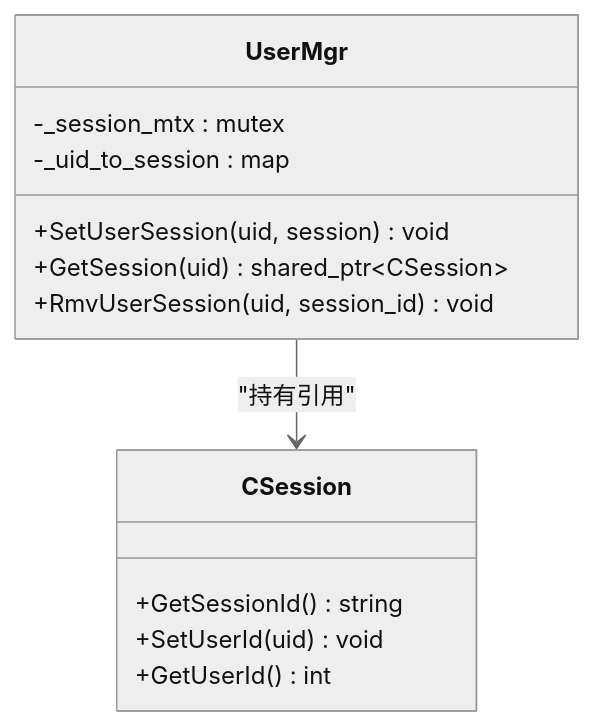
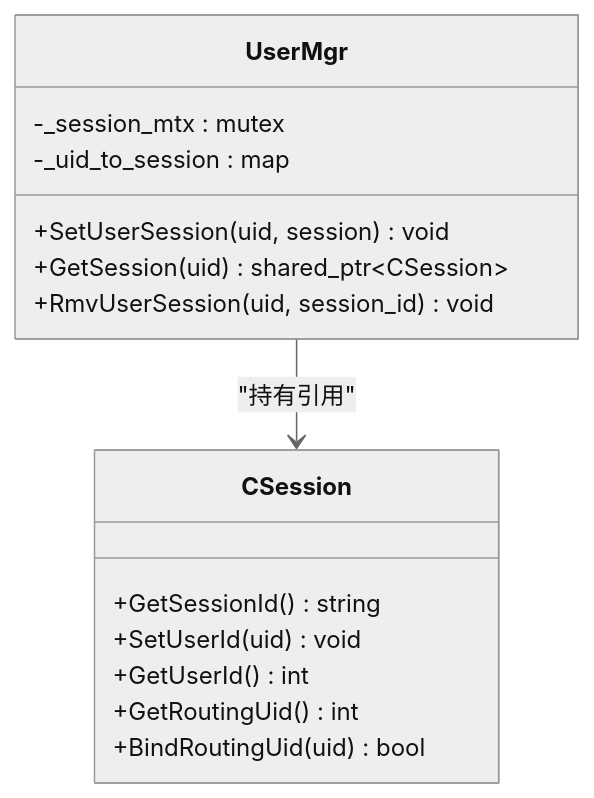
Before and after one commit to echo9923/mychatter: the sixth of 13 diagrams in .qoder/repowiki/zh/content/架构设计/微服务架构设计/ChatServer聊天核心服务/聊天逻辑系统.md, drawn with Mermaid (neutral theme). The commit also changed other lines of this file and 54 other files, not shown here.

````diff
--- a/.qoder/repowiki/zh/content/架构设计/微服务架构设计/ChatServer聊天核心服务/聊天逻辑系统.md
+++ b/.qoder/repowiki/zh/content/架构设计/微服务架构设计/ChatServer聊天核心服务/聊天逻辑系统.md
@@ -200,16 +320,18 @@
 ```mermaid
 classDiagram
 class UserMgr {
 +SetUserSession(uid, session) void
 +GetSession(uid) shared_ptr~CSession~
 +RmvUserSession(uid, session_id) void
 -_session_mtx : mutex
 -_uid_to_session : map<int, shared_ptr~CSession~>
 }
 class CSession {
 +GetSessionId() string
 +SetUserId(uid) void
 +GetUserId() int
++GetRoutingUid() int
++BindRoutingUid(uid) bool
 }
 UserMgr --> CSession : "持有引用"
 ```
````
